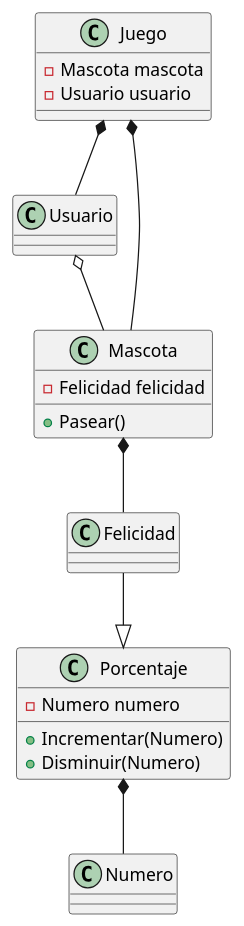
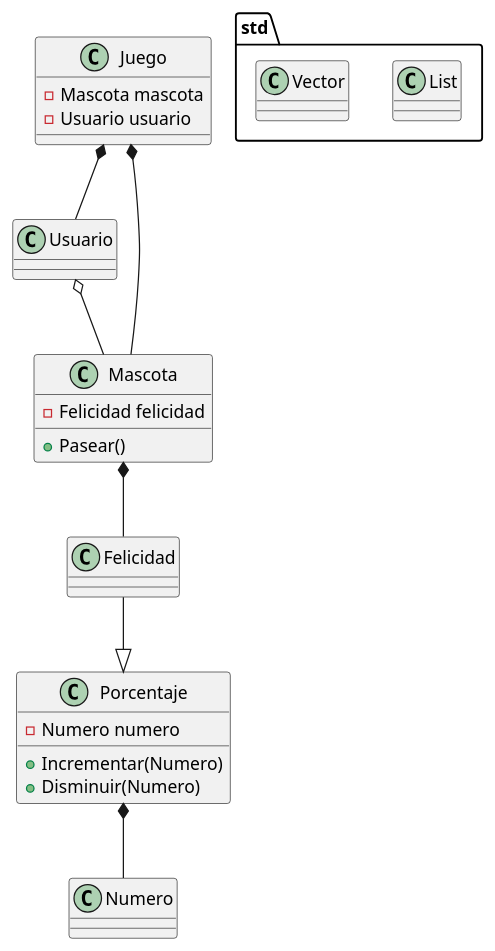
Before and after one commit to PolloTrick/mario-bros: the diagram in docs/diagrama.puml, drawn with PlantUML. The commit also changed 3 other files, not shown here.

```diff
--- a/docs/diagrama.puml
+++ b/docs/diagrama.puml
@@ -1,25 +1,30 @@
 @startuml
+
+package std{
+    class List 
+    class Vector
+}
 
 class Usuario
 class Mascota{
     - Felicidad felicidad 
     + Pasear()
 }
 class Juego{
     - Mascota mascota 
     - Usuario usuario 
 }
 class Felicidad
 class Porcentaje{
     - Numero numero
     + Incrementar(Numero)
     + Disminuir(Numero)
 }
 class Numero
 Usuario o-- Mascota
 Mascota *-- Felicidad
 Juego *-- Usuario
 Juego *-- Mascota
 Felicidad --|> Porcentaje
 Porcentaje *-- Numero
 @enduml
```
